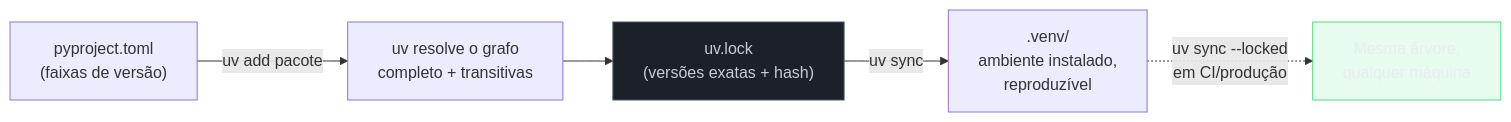
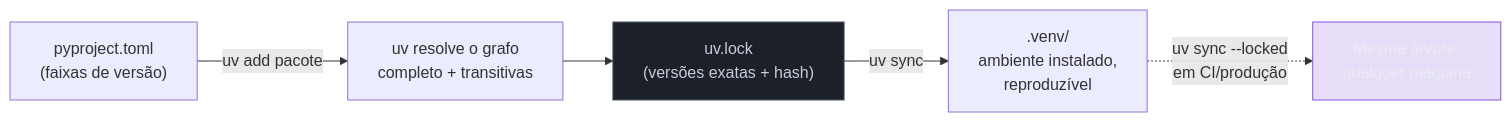
One commit to josenaldo/codex-technomanticus changed the second of 2 diagrams in 03-Dominios/Tecnologia/Python/Build e tooling/04 - uv — o gerenciador moderno.md. Above: the diagram before and after it, drawn with Mermaid. The commit also changed 601 other files, not shown here.

````diff
--- a/03-Dominios/Tecnologia/Python/Build e tooling/04 - uv — o gerenciador moderno.md
+++ b/03-Dominios/Tecnologia/Python/Build e tooling/04 - uv — o gerenciador moderno.md
@@ -166,12 +166,12 @@
 ```mermaid
 flowchart LR
+    classDef marca fill:#8855DF33,stroke:#8855DF,color:#E9ECF2
     classDef neutro fill:#1B2029,stroke:#4E5666,color:#C6CCD8
-    classDef ok fill:#4ADE8021,stroke:#4ADE80,color:#E9ECF2
     A["pyproject.toml<br/>(faixas de versão)"] -->|"uv add pacote"| B["uv resolve o grafo<br/>completo + transitivas"]
     B --> C["uv.lock<br/>(versões exatas + hash)"]
     C -->|"uv sync"| D[".venv/<br/>ambiente instalado,<br/>reproduzível"]
     D -.->|"uv sync --locked<br/>em CI/produção"| E["Mesma árvore,<br/>qualquer máquina"]
 
     class C neutro
-    class E ok
+    class E marca
 ```
````
